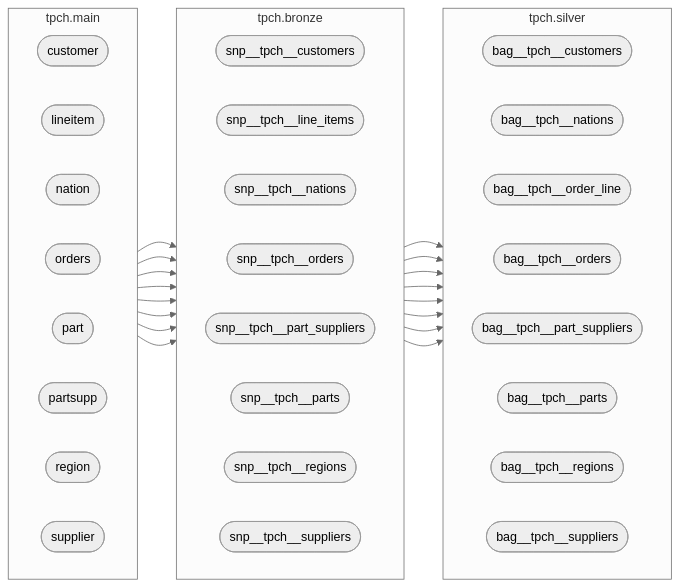
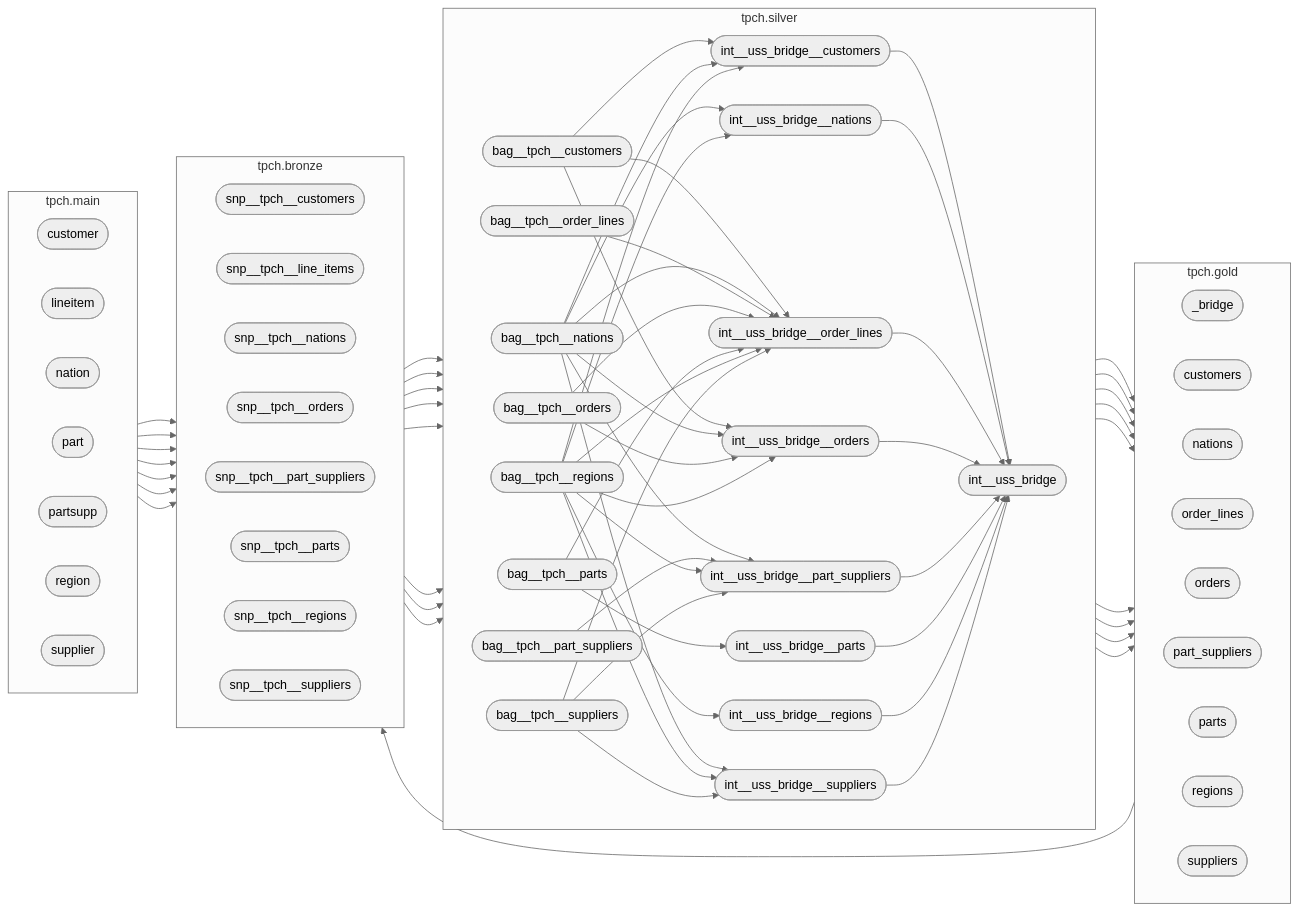
Before and after one commit to mattiasthalen/tpch: the diagram in dag.mmd, drawn with Mermaid (neutral theme). The commit also changed 19 other files, not shown here.

Commit message:
Add USS to gold

```diff
--- a/dag.mmd
+++ b/dag.mmd
@@ -1,56 +1,124 @@
 flowchart LR
     subgraph tpch.bronze["tpch.bronze"]
         direction LR
         snp__tpch__customers(["snp__tpch__customers"])
         snp__tpch__line_items(["snp__tpch__line_items"])
         snp__tpch__nations(["snp__tpch__nations"])
         snp__tpch__orders(["snp__tpch__orders"])
         snp__tpch__part_suppliers(["snp__tpch__part_suppliers"])
         snp__tpch__parts(["snp__tpch__parts"])
         snp__tpch__regions(["snp__tpch__regions"])
         snp__tpch__suppliers(["snp__tpch__suppliers"])
     end
 
     subgraph tpch.silver["tpch.silver"]
         direction LR
         bag__tpch__customers(["bag__tpch__customers"])
         bag__tpch__nations(["bag__tpch__nations"])
-        bag__tpch__order_line(["bag__tpch__order_line"])
+        bag__tpch__order_lines(["bag__tpch__order_lines"])
         bag__tpch__orders(["bag__tpch__orders"])
         bag__tpch__part_suppliers(["bag__tpch__part_suppliers"])
         bag__tpch__parts(["bag__tpch__parts"])
         bag__tpch__regions(["bag__tpch__regions"])
         bag__tpch__suppliers(["bag__tpch__suppliers"])
+        int__uss_bridge(["int__uss_bridge"])
+        int__uss_bridge__customers(["int__uss_bridge__customers"])
+        int__uss_bridge__nations(["int__uss_bridge__nations"])
+        int__uss_bridge__order_lines(["int__uss_bridge__order_lines"])
+        int__uss_bridge__orders(["int__uss_bridge__orders"])
+        int__uss_bridge__part_suppliers(["int__uss_bridge__part_suppliers"])
+        int__uss_bridge__parts(["int__uss_bridge__parts"])
+        int__uss_bridge__regions(["int__uss_bridge__regions"])
+        int__uss_bridge__suppliers(["int__uss_bridge__suppliers"])
+    end
+
+    subgraph tpch.gold["tpch.gold"]
+        direction LR
+        _bridge(["_bridge"])
+        customers(["customers"])
+        nations(["nations"])
+        order_lines(["order_lines"])
+        orders(["orders"])
+        part_suppliers(["part_suppliers"])
+        parts(["parts"])
+        regions(["regions"])
+        suppliers(["suppliers"])
     end
 
     subgraph tpch.main["tpch.main"]
         direction LR
         customer(["customer"])
         lineitem(["lineitem"])
         nation(["nation"])
         orders(["orders"])
         part(["part"])
         partsupp(["partsupp"])
         region(["region"])
         supplier(["supplier"])
     end
 
     %% tpch.bronze -> tpch.silver
     snp__tpch__customers --> bag__tpch__customers
-    snp__tpch__line_items --> bag__tpch__order_line
+    snp__tpch__line_items --> bag__tpch__order_lines
     snp__tpch__nations --> bag__tpch__nations
     snp__tpch__orders --> bag__tpch__orders
     snp__tpch__part_suppliers --> bag__tpch__part_suppliers
     snp__tpch__parts --> bag__tpch__parts
     snp__tpch__regions --> bag__tpch__regions
     snp__tpch__suppliers --> bag__tpch__suppliers
+
+    %% tpch.silver -> tpch.silver
+    bag__tpch__customers --> int__uss_bridge__customers
+    bag__tpch__customers --> int__uss_bridge__order_lines
+    bag__tpch__customers --> int__uss_bridge__orders
+    bag__tpch__nations --> int__uss_bridge__customers
+    bag__tpch__nations --> int__uss_bridge__nations
+    bag__tpch__nations --> int__uss_bridge__order_lines
+    bag__tpch__nations --> int__uss_bridge__orders
+    bag__tpch__nations --> int__uss_bridge__part_suppliers
+    bag__tpch__nations --> int__uss_bridge__suppliers
+    bag__tpch__order_lines --> int__uss_bridge__order_lines
+    bag__tpch__orders --> int__uss_bridge__order_lines
+    bag__tpch__orders --> int__uss_bridge__orders
+    bag__tpch__part_suppliers --> int__uss_bridge__part_suppliers
+    bag__tpch__parts --> int__uss_bridge__order_lines
+    bag__tpch__parts --> int__uss_bridge__parts
+    bag__tpch__regions --> int__uss_bridge__customers
+    bag__tpch__regions --> int__uss_bridge__nations
+    bag__tpch__regions --> int__uss_bridge__order_lines
+    bag__tpch__regions --> int__uss_bridge__orders
+    bag__tpch__regions --> int__uss_bridge__part_suppliers
+    bag__tpch__regions --> int__uss_bridge__regions
+    bag__tpch__regions --> int__uss_bridge__suppliers
+    bag__tpch__suppliers --> int__uss_bridge__order_lines
+    bag__tpch__suppliers --> int__uss_bridge__part_suppliers
+    bag__tpch__suppliers --> int__uss_bridge__suppliers
+    int__uss_bridge__customers --> int__uss_bridge
+    int__uss_bridge__nations --> int__uss_bridge
+    int__uss_bridge__order_lines --> int__uss_bridge
+    int__uss_bridge__orders --> int__uss_bridge
+    int__uss_bridge__part_suppliers --> int__uss_bridge
+    int__uss_bridge__parts --> int__uss_bridge
+    int__uss_bridge__regions --> int__uss_bridge
+    int__uss_bridge__suppliers --> int__uss_bridge
+
+    %% tpch.silver -> tpch.gold
+    bag__tpch__customers --> customers
+    bag__tpch__nations --> nations
+    bag__tpch__order_lines --> order_lines
+    bag__tpch__orders --> orders
+    bag__tpch__part_suppliers --> part_suppliers
+    bag__tpch__parts --> parts
+    bag__tpch__regions --> regions
+    bag__tpch__suppliers --> suppliers
+    int__uss_bridge --> _bridge
 
     %% tpch.main -> tpch.bronze
     customer --> snp__tpch__customers
     lineitem --> snp__tpch__line_items
     nation --> snp__tpch__nations
     orders --> snp__tpch__orders
     part --> snp__tpch__parts
     partsupp --> snp__tpch__part_suppliers
     region --> snp__tpch__regions
     supplier --> snp__tpch__suppliers
```
